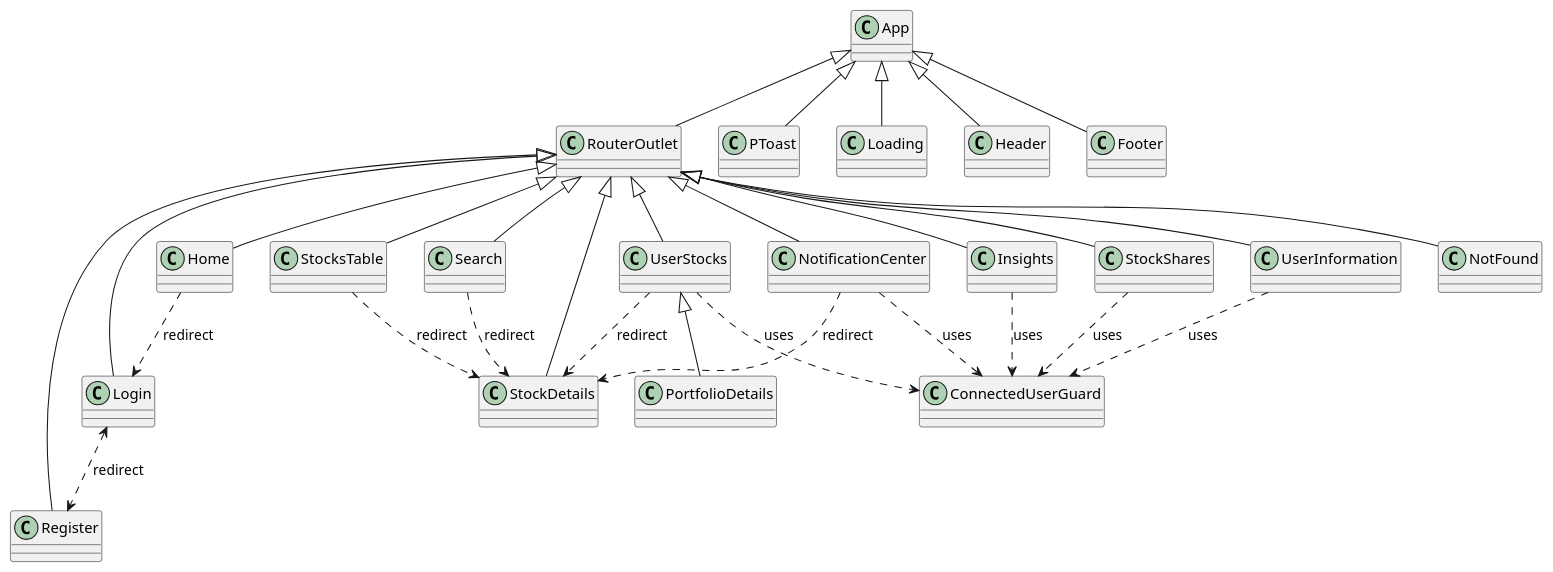
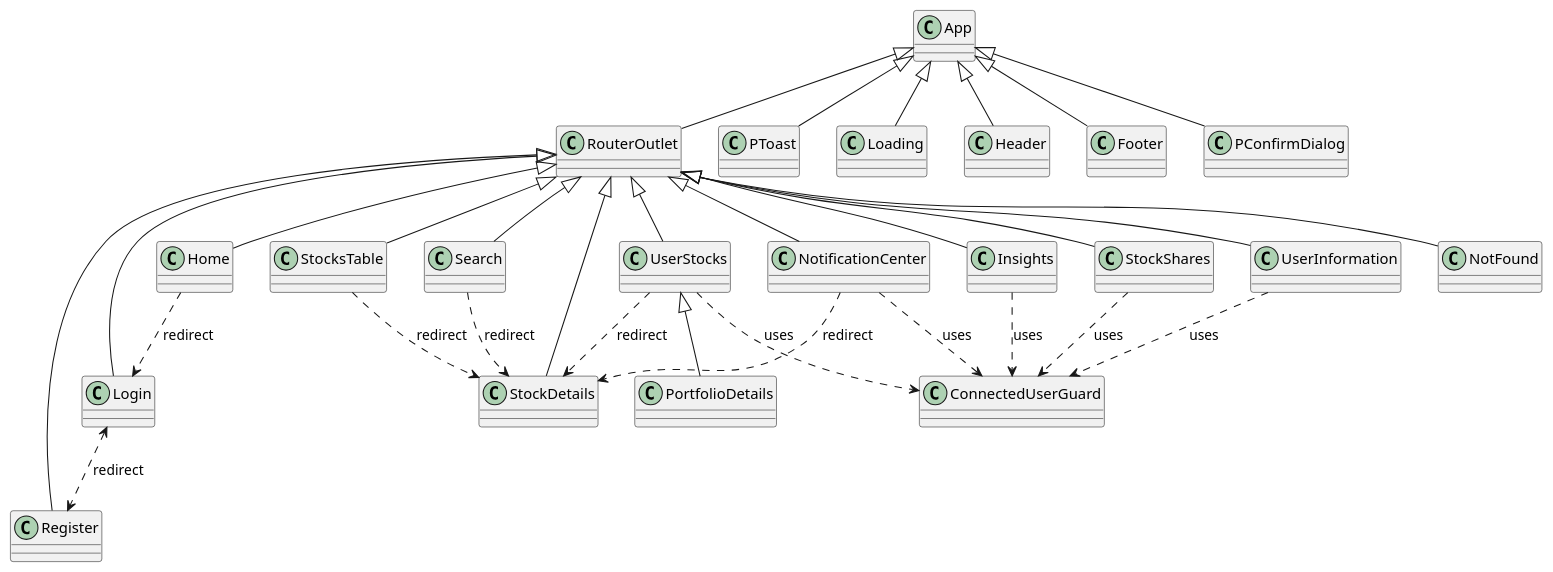
One commit to roei910/my-stocks changed the diagram in oop course/draws/class diagrams/frontend-classes.puml. Above: the diagram before and after it, drawn with PlantUML. The commit also changed 1 other file, not shown here.

```diff
--- a/oop course/draws/class diagrams/frontend-classes.puml
+++ b/oop course/draws/class diagrams/frontend-classes.puml
@@ -1,59 +1,61 @@
 @startuml
 class App
 
 class RouterOutlet
 class PToast
 class Loading
 class Header
 class Footer
+class PConfirmDialog
 
 class Home
 class Search
 class NotFound
 class Insights
 class Login
 class NotificationCenter
 class PortfolioDetails
 class Register
 class StockDetails
 class StockShares
 class StocksTable
 class UserInformation
 class UserStocks
 class ConnectedUserGuard
 
 App <|-- RouterOutlet
 App <|-- PToast
 App <|-- Loading
 App <|-- Header
 App <|-- Footer
+App <|-- PConfirmDialog
 
 RouterOutlet <|-- Home
 RouterOutlet <|-- Login
 RouterOutlet <|-- Register
 RouterOutlet <|-- Search
 RouterOutlet <|-- StockDetails
 RouterOutlet <|-- StocksTable
 RouterOutlet <|-- Insights
 RouterOutlet <|-- NotificationCenter
 RouterOutlet <|-- UserStocks
 RouterOutlet <|-- StockShares
 RouterOutlet <|-- UserInformation
 RouterOutlet <|-- NotFound
 
 UserStocks <|-- PortfolioDetails
 
 Insights ..> ConnectedUserGuard : uses
 StockShares ..> ConnectedUserGuard : uses
 UserStocks ..> ConnectedUserGuard : uses
 NotificationCenter ..> ConnectedUserGuard : uses
 UserInformation ..> ConnectedUserGuard : uses
 
 Home ..> Login : redirect
 Login <..> Register : redirect
 Search ..> StockDetails : redirect
 NotificationCenter ..> StockDetails : redirect
 UserStocks ..> StockDetails : redirect
 StocksTable ..> StockDetails : redirect
 
 @enduml
```
